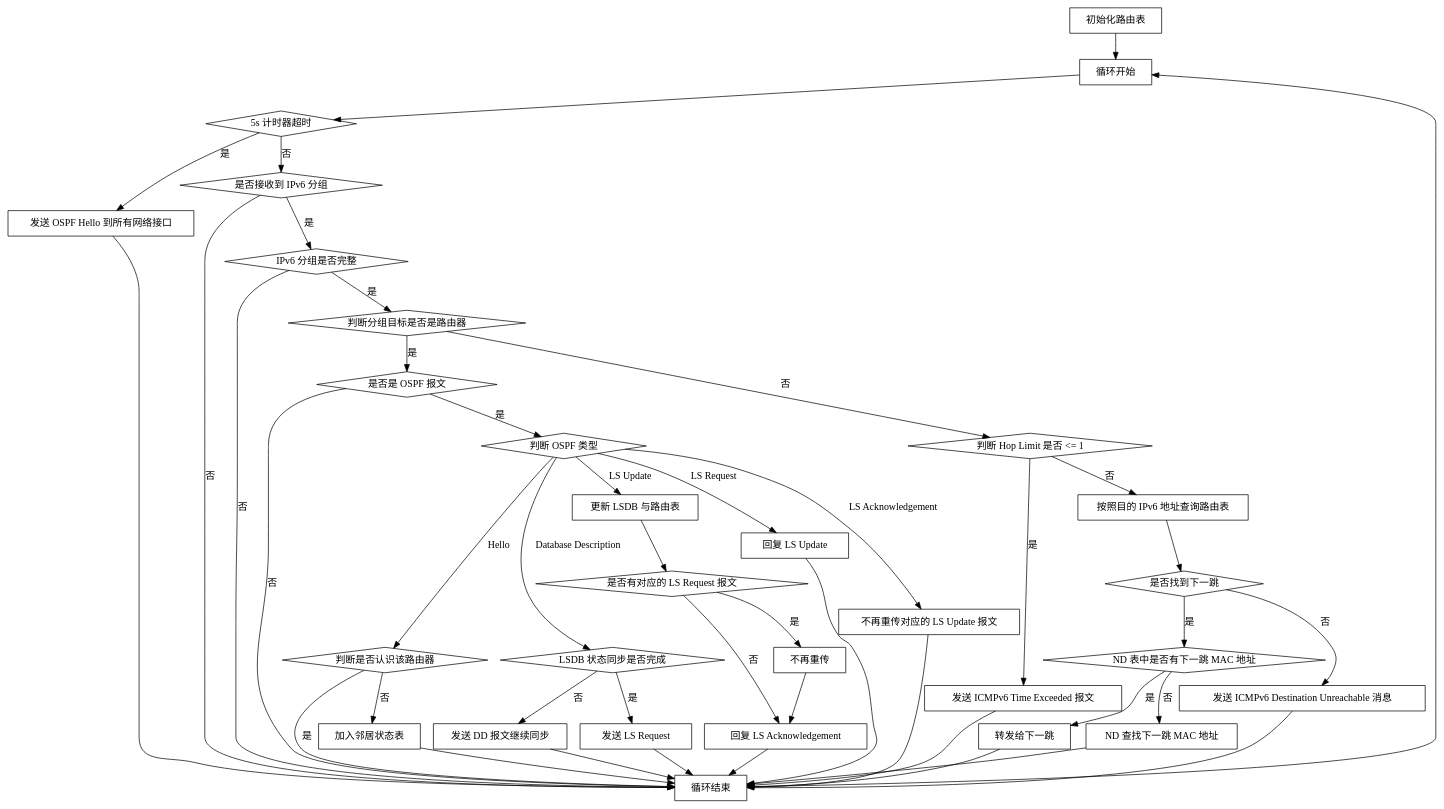
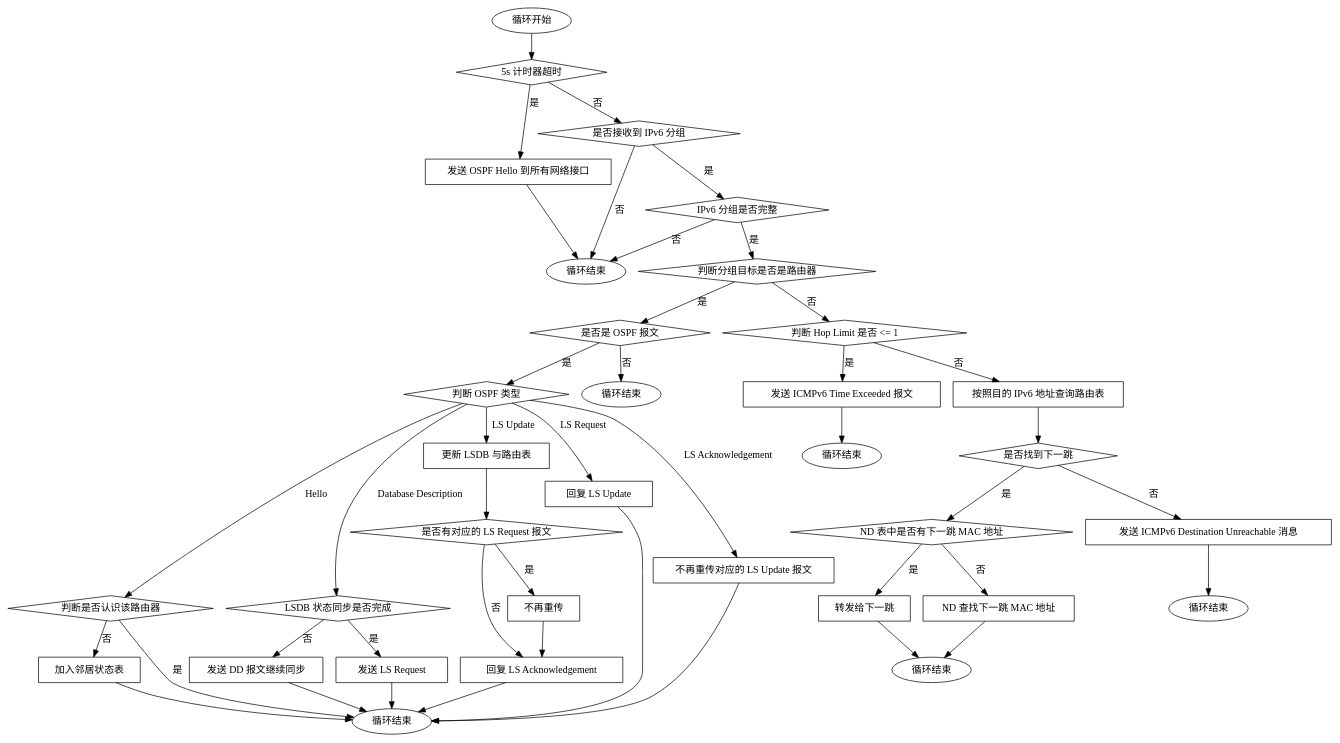
The diagram in docs/software/second_stage/img/flow_ospf.dot (thu-cs-lab/Router-Lab-Docs), drawn with Graphviz before and after one commit. The commit also changed 3 other files, not shown here.

Commit message:
change ospf chart

```diff
--- a/docs/software/second_stage/img/flow_ospf.dot
+++ b/docs/software/second_stage/img/flow_ospf.dot
@@ -1,118 +1,116 @@
 digraph G {
-    node [margin="0.3,0"]
-
-    init [label = "初始化路由表";shape = rect;];
+    node [margin = "0.3,0";];
     
-    loop [label = "循环开始";shape = rect;];
-    
-    init -> loop;
-    
-    send_all [label = "发送 OSPF Hello 到所有网络接口";shape = rect;];
+    loop [label = "循环开始";];
     
     timeout [label = "5s 计时器超时";shape = diamond;];
+    send_all [label = "发送 OSPF Hello 到所有网络接口";shape = rect;];
+    loop_end_1 [label = "循环结束";];
     
     loop -> timeout;
     
     timeout -> send_all [label = "是";];
-    send_all -> loop_end;
+    send_all -> loop_end_1;
     
     recv [label = "是否接收到 IPv6 分组";shape = diamond;];
     
     timeout -> recv [label = "否";];
-    recv -> loop_end [label = "否";];
+    recv -> loop_end_1 [label = "否";];
     
     check [label = "IPv6 分组是否完整";shape = diamond;];
     
     recv -> check [label = "是";];
-    check -> loop_end [label = "否";];
+    check -> loop_end_1 [label = "否";];
     check -> type [label = "是";];
     
     type [label = "判断分组目标是否是路由器";shape = diamond;];
     
     check_ospf [label = "是否是 OSPF 报文";shape = diamond;];
     
     type -> check_ospf [label = "是";];
     type -> check_hlim [label = "否";];
     
     check_hlim [label = "判断 Hop Limit 是否 <= 1";shape = diamond;];
+    time_exceeded [label = "发送 ICMPv6 Time Exceeded 报文";shape = rect;];
+    loop_end_2 [label = "循环结束";];
     
-    time_exceeded [label = "发送 ICMPv6 Time Exceeded 报文";shape = rect;];
     check_hlim -> time_exceeded [label = "是";];
-    time_exceeded -> loop_end;
+    time_exceeded -> loop_end_2;
     
     lookup [label = "按照目的 IPv6 地址查询路由表";shape = rect;];
     
     check_hlim -> lookup [label = "否";];
     
     nexthop_found [label = "是否找到下一跳";shape = diamond;];
     
     lookup -> nexthop_found;
     
     check_mac [label = "ND 表中是否有下一跳 MAC 地址";shape = diamond;];
     
     destination_unreachable [label = "发送 ICMPv6 Destination Unreachable 消息";shape = rect;];
+    loop_end_3 [label = "循环结束";];
     
     nexthop_found -> destination_unreachable [label = "否";];
-    destination_unreachable -> loop_end;
+    destination_unreachable -> loop_end_3;
     
     nexthop_found -> check_mac [label = "是";];
     check_mac -> forward [label = "是";];
     
     forward [label = "转发给下一跳";shape = rect;];
+    loop_end_4 [label = "循环结束";];
     
-    forward -> loop_end;
+    forward -> loop_end_4;
     
     ndp [label = "ND 查找下一跳 MAC 地址";shape = rect;];
     
     check_mac -> ndp [label = "否";];
-    ndp -> loop_end;
+    ndp -> loop_end_4;
     
     check_ospf_type [label = "判断 OSPF 类型";shape = diamond;];
+    loop_end_5 [label = "循环结束";];
     
     check_ospf -> check_ospf_type [label = "是";];
-    check_ospf -> loop_end [label = "否";];
+    check_ospf -> loop_end_5 [label = "否";];
     
     hello_check [label = "判断是否认识该路由器";shape = diamond;];
     handle_hello [label = "加入邻居状态表";shape = rect;];
     
     check_ospf_type -> hello_check [label = "Hello";];
     hello_check -> handle_hello [label = "否";];
     hello_check -> loop_end [label = "是";];
     handle_hello -> loop_end;
     
     dd_check [label = "LSDB 状态同步是否完成";shape = diamond;];
     handle_dd_sync [label = "发送 DD 报文继续同步";shape = rect;];
     handle_dd_fin [label = "发送 LS Request";shape = rect;];
     
     check_ospf_type -> dd_check [label = "Database Description";];
     dd_check -> handle_dd_sync [label = "否";];
     dd_check -> handle_dd_fin [label = "是";];
     handle_dd_sync -> loop_end;
     handle_dd_fin -> loop_end;
     
     handle_update_lsdb [label = "更新 LSDB 与路由表";shape = rect;];
     handle_update_ack [label = "回复 LS Acknowledgement";shape = rect;];
     handle_update_check_ospf_type [label = "是否有对应的 LS Request 报文";shape = diamond;];
     handle_update_rm_request [label = "不再重传";shape = rect;];
     
     check_ospf_type -> handle_update_lsdb [label = "LS Update";];
     handle_update_lsdb -> handle_update_check_ospf_type;
     handle_update_check_ospf_type -> handle_update_ack [label = "否";];
     handle_update_check_ospf_type -> handle_update_rm_request [label = "是";];
     handle_update_rm_request -> handle_update_ack;
     handle_update_ack -> loop_end;
     
     handle_request [label = "回复 LS Update";shape = rect;];
     
     check_ospf_type -> handle_request [label = "LS Request";];
     handle_request -> loop_end;
     
     handle_ack [label = "不再重传对应的 LS Update 报文";shape = rect;];
     
     check_ospf_type -> handle_ack [label = "LS Acknowledgement";];
     handle_ack -> loop_end;
     
-    loop_end [label = "循环结束";shape = rect;];
-    
-    loop_end -> loop;
+    loop_end [label = "循环结束";];
 }
```
